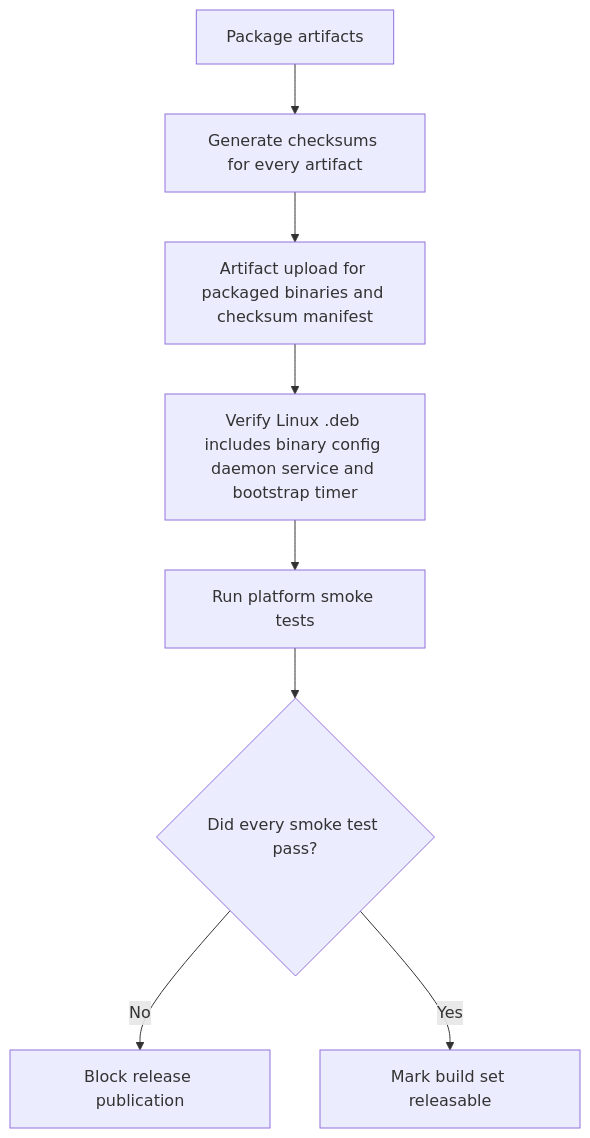
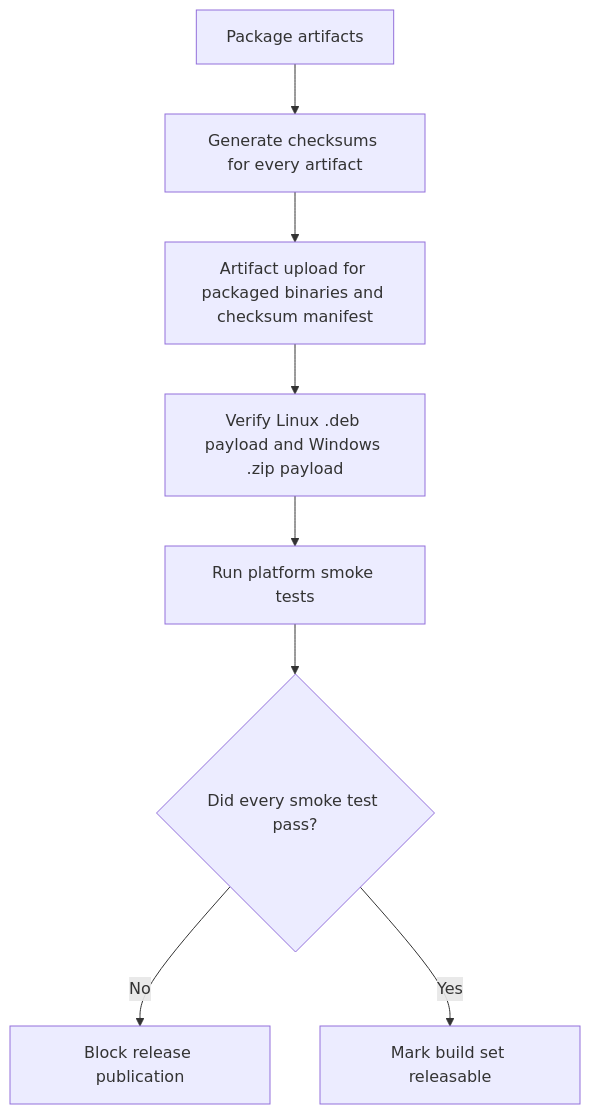
One commit to vivekvedant/prune-guard changed the second of 3 diagrams in flowcharts/cross-platform-build-distribution.md. Above: the diagram before and after it, drawn with Mermaid. The commit also changed other lines of this file and 12 other files, not shown here.

````diff
--- a/flowcharts/cross-platform-build-distribution.md
+++ b/flowcharts/cross-platform-build-distribution.md
@@ -18,10 +18,10 @@
 ```mermaid
 flowchart TD
     A[Package artifacts] --> B[Generate checksums for every artifact]
     B --> C[Artifact upload for packaged binaries and checksum manifest]
-    C --> D[Verify Linux .deb includes binary config daemon service and bootstrap timer]
+    C --> D[Verify Linux .deb payload and Windows .zip payload]
     D --> E[Run platform smoke tests]
     E --> F{Did every smoke test pass?}
     F -- No --> G[Block release publication]
     F -- Yes --> H[Mark build set releasable]
 ```
````
